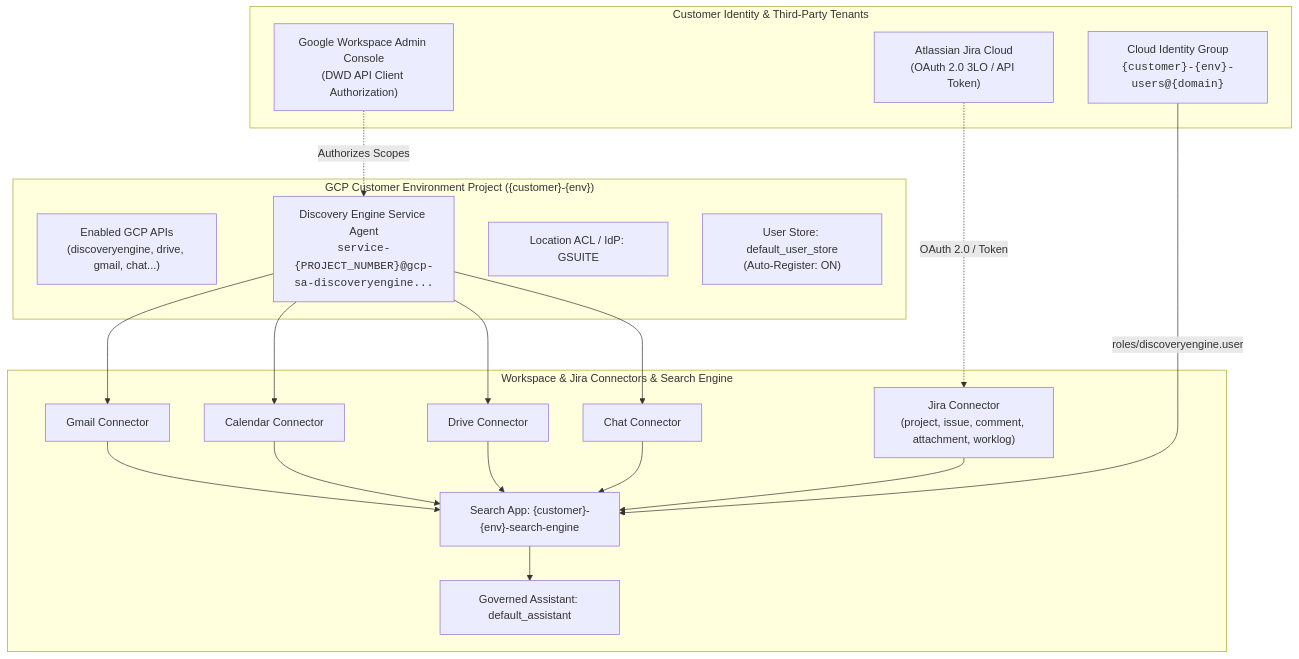
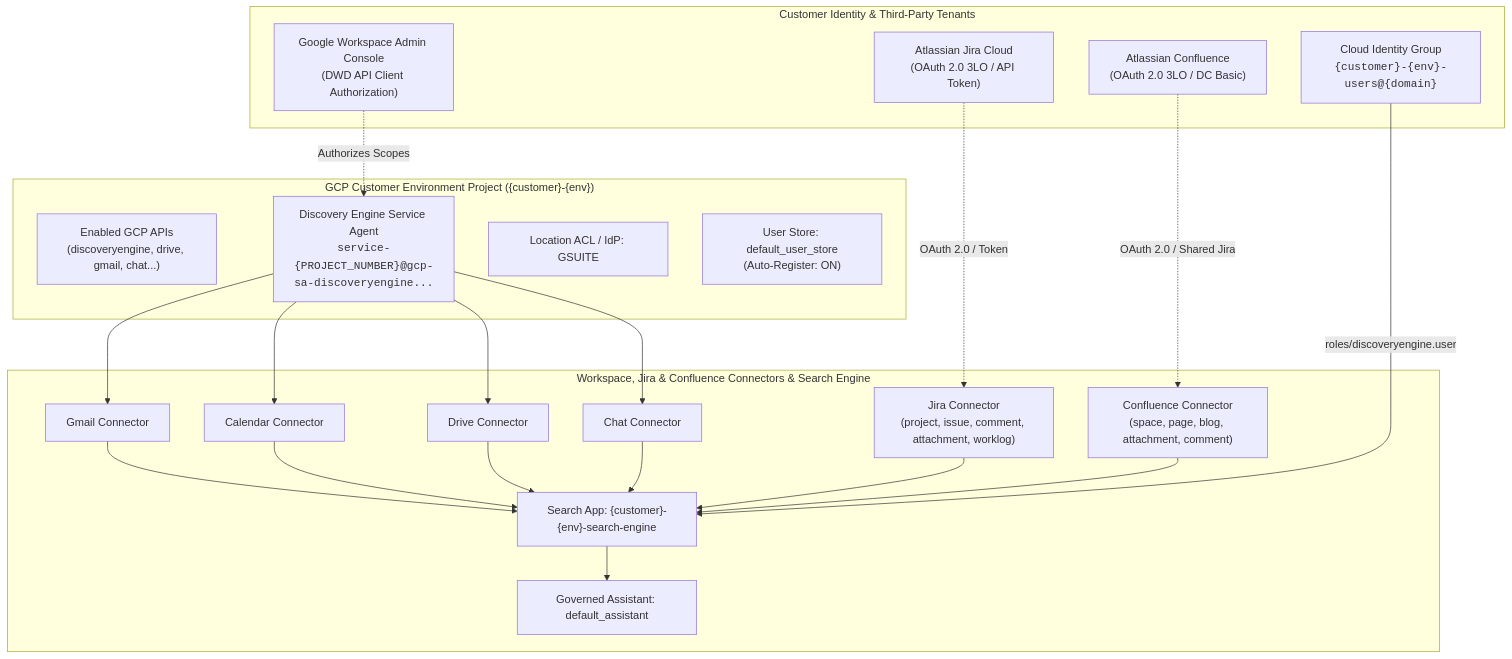
One commit to pedroccorreia/gemini-prism changed the first of 2 diagrams in README.md. Above: the diagram before and after it, drawn with Mermaid. The commit also changed other lines of this file and 13 other files, not shown here.

Commit message:
feat(connector): add Atlassian Confluence federated data connector

````diff
--- a/README.md
+++ b/README.md
@@ -42,33 +43,37 @@
 ```mermaid
 flowchart TD
   subgraph Customer["Customer Identity & Third-Party Tenants"]
     WSGroup["Cloud Identity Group<br/><code>{customer}-{env}-users@{domain}</code>"]
     WSAdmin["Google Workspace Admin Console<br/>(DWD API Client Authorization)"]
     JiraTenant["Atlassian Jira Cloud<br/>(OAuth 2.0 3LO / API Token)"]
+    ConfTenant["Atlassian Confluence<br/>(OAuth 2.0 3LO / DC Basic)"]
   end
 
   subgraph GCPFoundation["GCP Customer Environment Project ({customer}-{env})"]
     PService["Enabled GCP APIs<br/>(discoveryengine, drive, gmail, chat...)"]
     SAgent["Discovery Engine Service Agent<br/><code>service-{PROJECT_NUMBER}@gcp-sa-discoveryengine...</code>"]
     IdP["Location ACL / IdP: GSUITE"]
     UStore["User Store: default_user_store<br/>(Auto-Register: ON)"]
   end
 
-  subgraph ConnectorsAndEngine["Workspace & Jira Connectors & Search Engine"]
+  subgraph ConnectorsAndEngine["Workspace, Jira & Confluence Connectors & Search Engine"]
     Conn1["Gmail Connector"]
     Conn2["Calendar Connector"]
     Conn3["Drive Connector"]
     Conn4["Chat Connector"]
     ConnJira["Jira Connector<br/>(project, issue, comment, attachment, worklog)"]
+    ConnConf["Confluence Connector<br/>(space, page, blog, attachment, comment)"]
     Engine["Search App: {customer}-{env}-search-engine"]
     Assist["Governed Assistant: default_assistant"]
   end
 
   WSAdmin -.->|Authorizes Scopes| SAgent
   JiraTenant -.->|OAuth 2.0 / Token| ConnJira
+  ConfTenant -.->|OAuth 2.0 / Shared Jira| ConnConf
   SAgent --> Conn1 & Conn2 & Conn3 & Conn4
   Conn1 & Conn2 & Conn3 & Conn4 --> Engine
   ConnJira --> Engine
+  ConnConf --> Engine
   Engine --> Assist
   WSGroup -->|roles/discoveryengine.user| Engine
 ```
````
